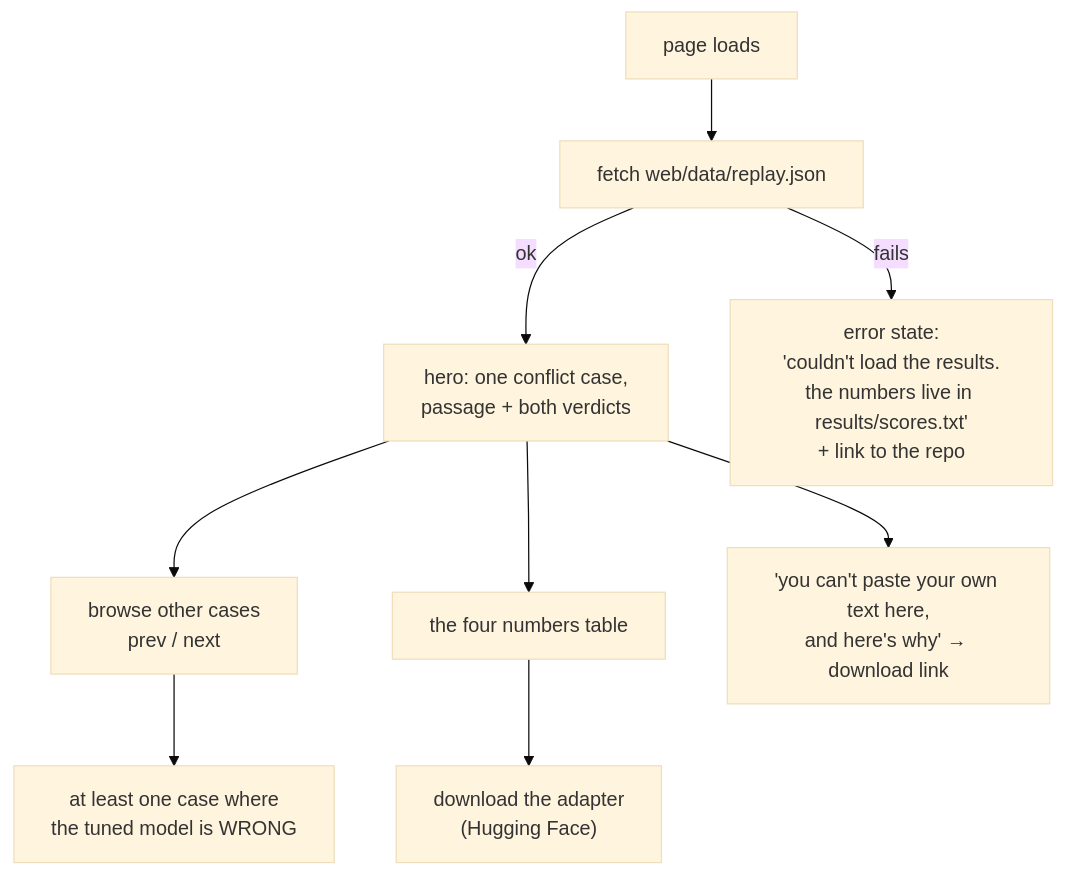
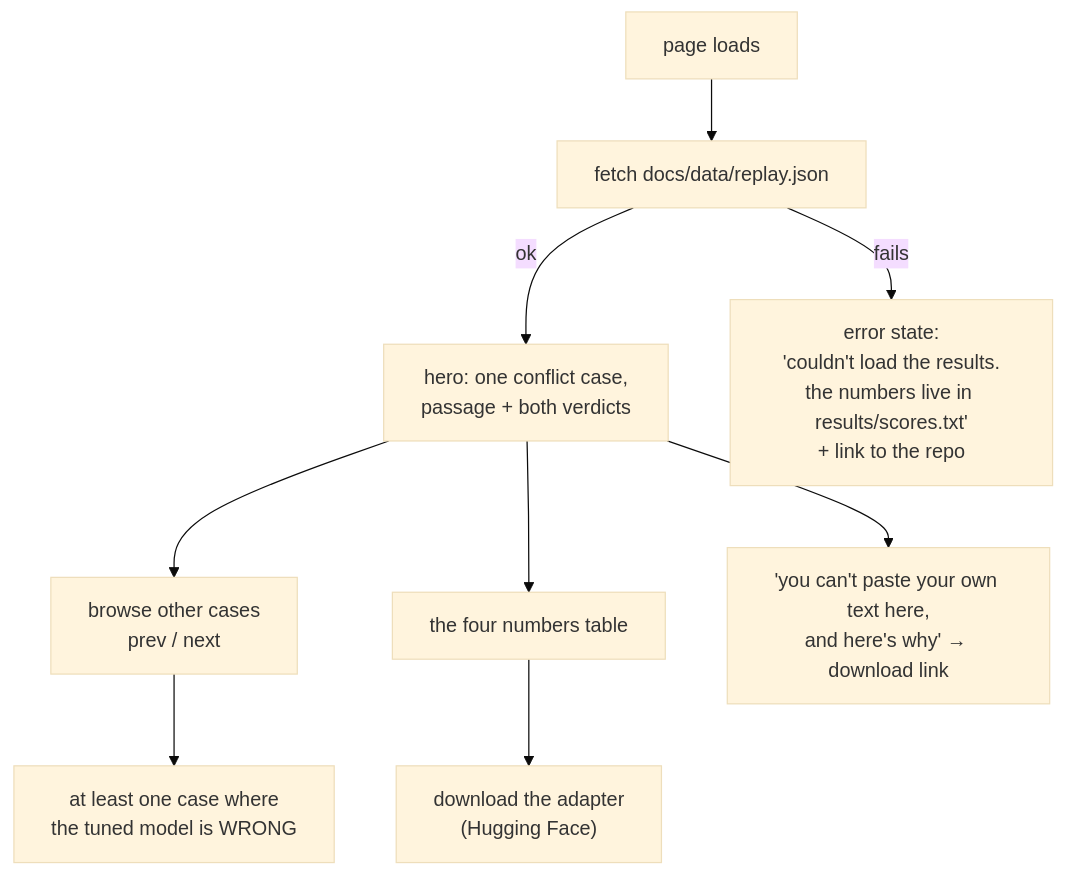
The second of 2 diagrams in docs/APP_FLOW.md (Zeref538/DEFER), drawn with Mermaid (base theme) before and after one commit. The commit also changed other lines of this file and 8 other files, not shown here.

````diff
--- a/docs/APP_FLOW.md
+++ b/docs/APP_FLOW.md
@@ -120,11 +120,11 @@
 ```mermaid
 flowchart TD
-    L["page loads"] --> F["fetch web/data/replay.json"]
+    L["page loads"] --> F["fetch docs/data/replay.json"]
     F -- ok --> H["hero: one conflict case,<br/>passage + both verdicts"]
     F -- fails --> ERR["error state:<br/>'couldn't load the results.<br/>the numbers live in results/scores.txt'<br/>+ link to the repo"]
     H --> S["browse other cases<br/>prev / next"]
     S --> W["at least one case where<br/>the tuned model is WRONG"]
     H --> T["the four numbers table"]
     T --> D["download the adapter<br/>(Hugging Face)"]
     H --> LIM["'you can't paste your own text here,<br/>and here's why' → download link"]
 ```
````
